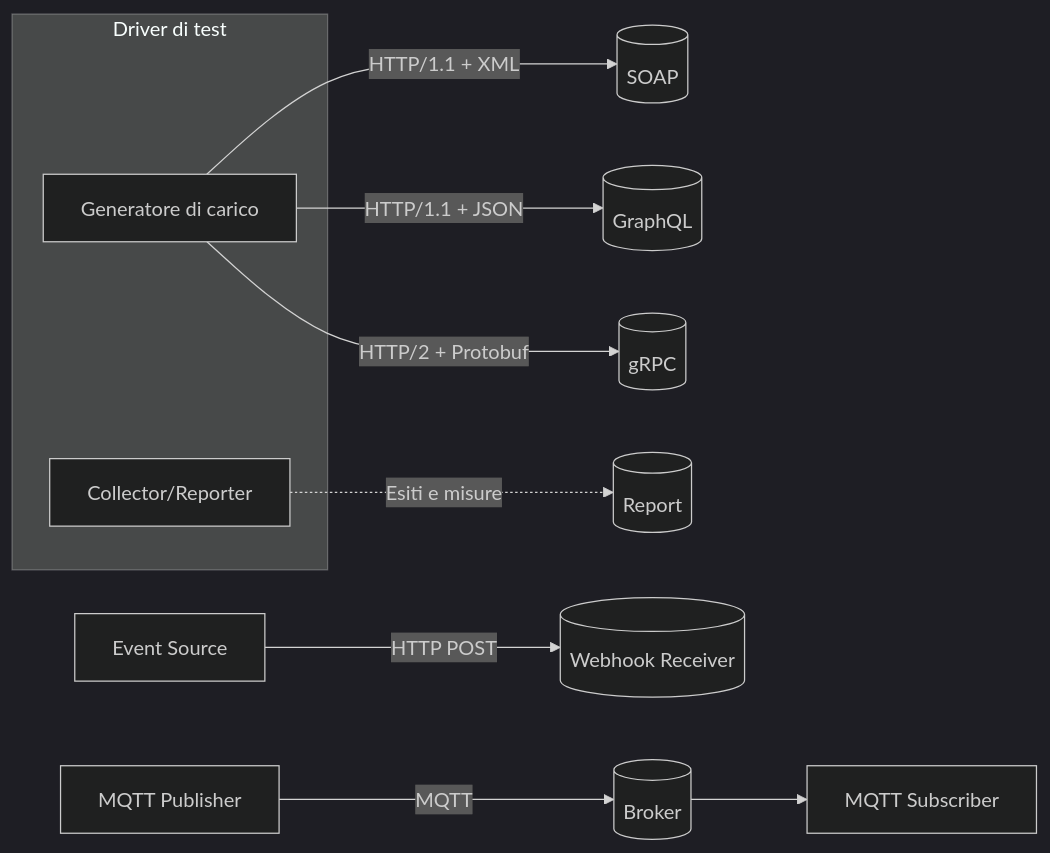
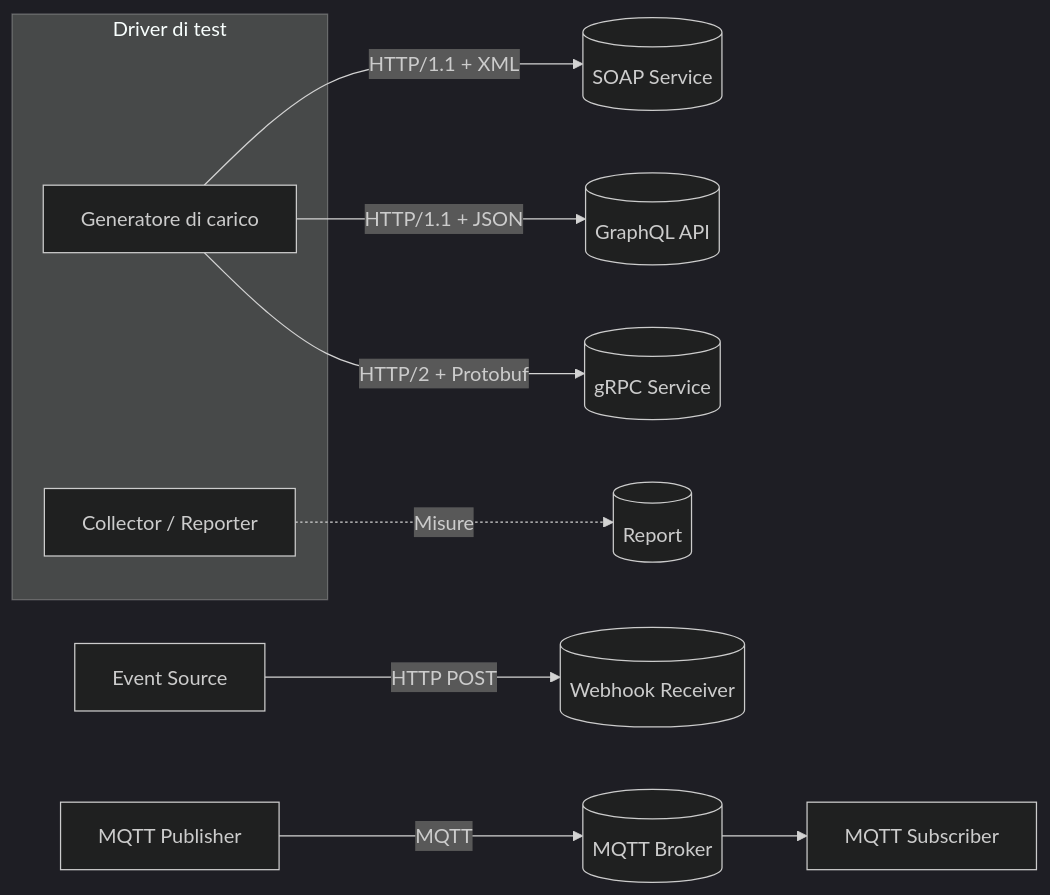
One commit to Vittorio-Francesco-Ardente/TPS_API changed the first of 3 diagrams in README.md. Above: the diagram before and after it, drawn with Mermaid (dark theme). The commit also changed other lines of this file, not shown here.

````diff
--- a/README.md
+++ b/README.md
@@ -58,16 +60,16 @@
 ```mermaid
 flowchart LR
-  subgraph Bench[Driver di test]
-    LG[Generatore di carico]
-    METRICS[Collector/Reporter]
+  subgraph Driver[Driver di test]
+    GEN[Generatore di carico]
+    COL[Collector / Reporter]
   end
 
-  LG -->|HTTP/1.1 + XML| SOAP[(SOAP)]
-  LG -->|HTTP/1.1 + JSON| GQL[(GraphQL)]
-  LG -->|HTTP/2 + Protobuf| GRPC[(gRPC)]
+  GEN -->|HTTP/1.1 + XML| SOAP[(SOAP Service)]
+  GEN -->|HTTP/1.1 + JSON| GQL[(GraphQL API)]
+  GEN -->|HTTP/2 + Protobuf| GRPC[(gRPC Service)]
 
   SRC[Event Source] -->|HTTP POST| WH[(Webhook Receiver)]
-  PUB[MQTT Publisher] -->|MQTT| BR[(Broker)] --> SUB[MQTT Subscriber]
+  PUB[MQTT Publisher] -->|MQTT| BR[(MQTT Broker)] --> SUB[MQTT Subscriber]
 
-  METRICS -.->|Esiti e misure| REPORT[(Report)]
+  COL -.->|Misure| REPORT[(Report)]
 ```
````
